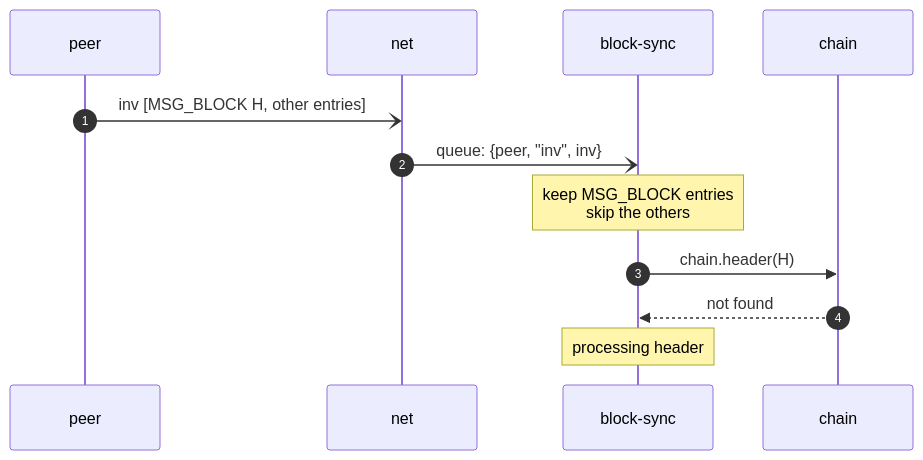
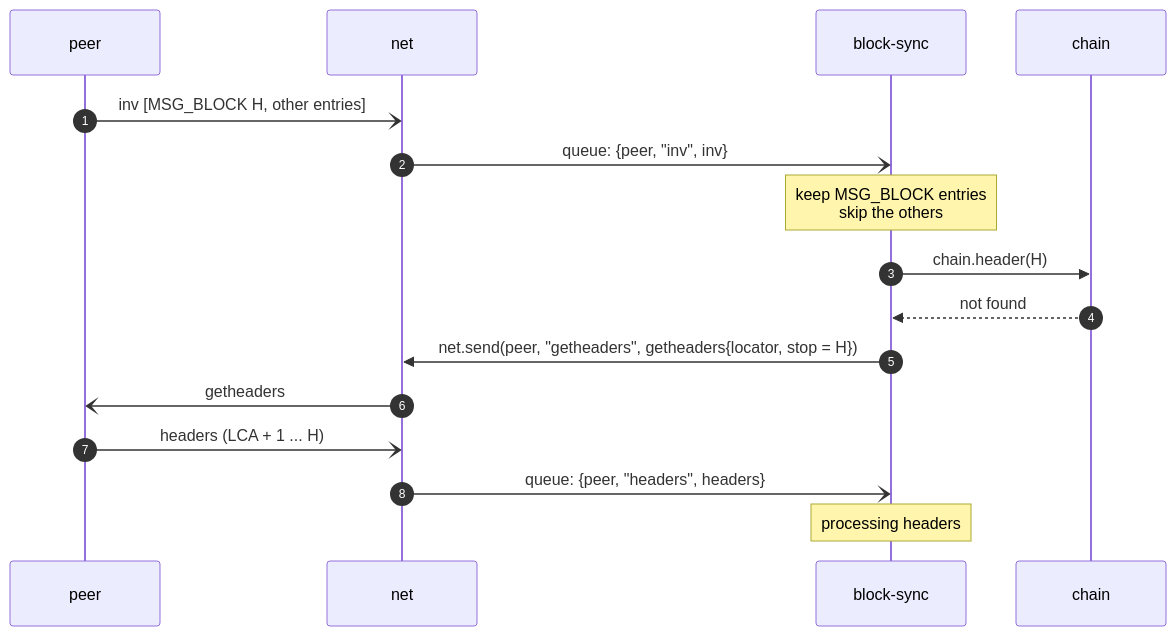
Before and after one commit to RustBTCD/btcd: the first of 3 diagrams in docs/flows/mode-standard.md, drawn with Mermaid. The commit also changed other lines of this file and 2 other files, not shown here.

Commit message:
Adding sendheaders message during peer connection, fixed inv processing

````diff
--- a/docs/flows/mode-standard.md
+++ b/docs/flows/mode-standard.md
@@ -18,14 +24,18 @@
 ```mermaid
 sequenceDiagram
     autonumber
     participant P as peer
     participant N as net
     participant BS as block-sync
     participant C as chain
     P -) N: inv [MSG_BLOCK H, other entries]
     N -) BS: queue: {peer, "inv", inv}
     Note over BS: keep MSG_BLOCK entries<br/>skip the others
     BS ->> C: chain.header(H)
     C -->> BS: not found
-    Note over BS: processing header
+    BS ->> N: net.send(peer, "getheaders", getheaders{locator, stop = H})
+    N -) P: getheaders
+    P -) N: headers (LCA + 1 ... H)
+    N -) BS: queue: {peer, "headers", headers}
+    Note over BS: processing headers
 ```
````
